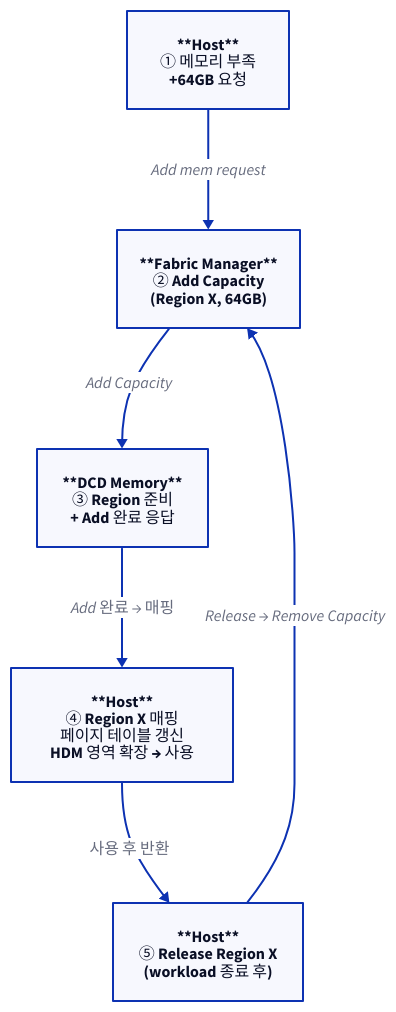
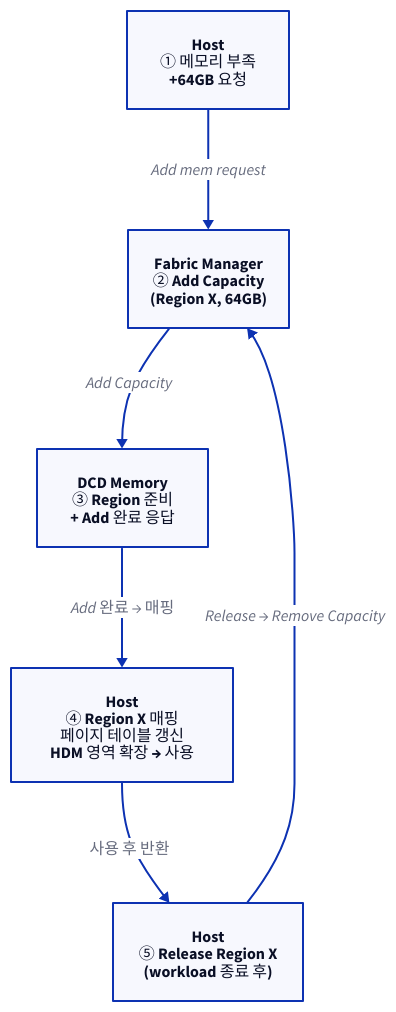
Before and after one commit to humbleowl39/DV_SKOOL: the second of 3 diagrams in starlight_site/src/content/docs/cxl/04_arbmux_fabric.md, drawn with D2. The commit also changed other lines of this file and 714 other files, not shown here.

First line of the commit message:
fix(site): d2 다이어그램 가독성 결함 6종 일괄 수정

````diff
--- a/starlight_site/src/content/docs/cxl/04_arbmux_fabric.md
+++ b/starlight_site/src/content/docs/cxl/04_arbmux_fabric.md
@@ -78,15 +78,15 @@
 ```d2
 direction: down
 
-H1: "**Host**\n① 메모리 부족\n+64GB 요청"
-FM: "**Fabric Manager**\n② Add Capacity\n(Region X, 64GB)"
-DCD: "**DCD Memory**\n③ Region 준비\n+ Add 완료 응답"
-H2: "**Host**\n④ Region X 매핑\n페이지 테이블 갱신\nHDM 영역 확장 → 사용"
-H3: "**Host**\n⑤ Release Region X\n(workload 종료 후)"
+H1: "Host\n① 메모리 부족\n+64GB 요청"
+FM: "Fabric Manager\n② Add Capacity\n(Region X, 64GB)"
+DCD: "DCD Memory\n③ Region 준비\n+ Add 완료 응답"
+H2: "Host\n④ Region X 매핑\n페이지 테이블 갱신\nHDM 영역 확장 → 사용"
+H3: "Host\n⑤ Release Region X\n(workload 종료 후)"
 
 H1 -> FM: "Add mem request"
 FM -> DCD: "Add Capacity"
 DCD -> H2: "Add 완료 → 매핑"
 H2 -> H3: "사용 후 반환"
 H3 -> FM: "Release → Remove Capacity"
 ```
````
